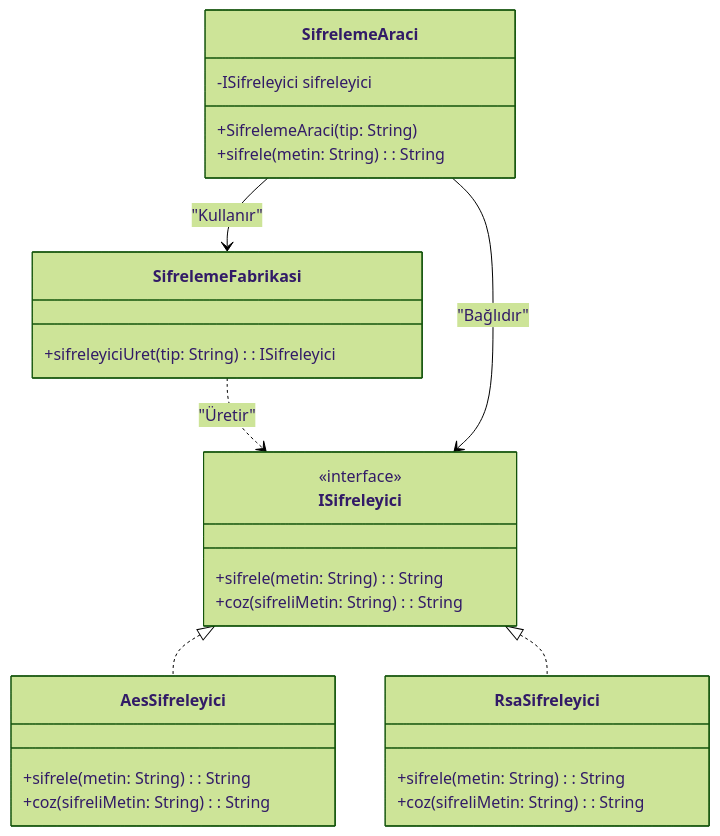
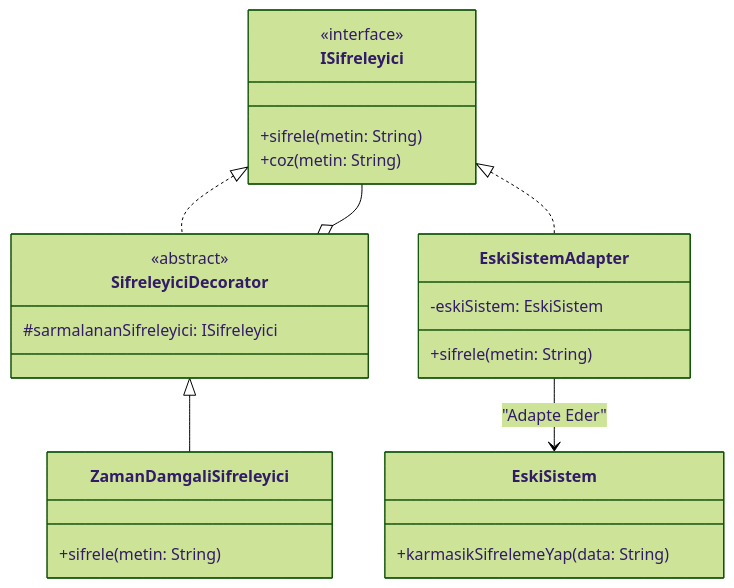
Before and after one commit to ardaky/SOLID-homework: the second of 2 diagrams in PATTERNS.md, drawn with Mermaid (forest theme). The commit also changed other lines of this file and 6 other files, not shown here.

Commit message:
feat: Faz 2 için Decorator ve Adapter örüntüleri uygulandı

````diff
--- a/PATTERNS.md
+++ b/PATTERNS.md
@@ -28,36 +58,32 @@
 ```mermaid
 classDiagram
     direction TB
     class ISifreleyici {
         <<interface>>
-        +sifrele(metin: String): String
-        +coz(sifreliMetin: String): String
+        +sifrele(metin: String)
+        +coz(metin: String)
     }
-    
-    class AesSifreleyici {
-        +sifrele(metin: String): String
-        +coz(sifreliMetin: String): String
+
+    class SifreleyiciDecorator {
+        <<abstract>>
+        #sarmalananSifreleyici: ISifreleyici
     }
-    
-    class RsaSifreleyici {
-        +sifrele(metin: String): String
-        +coz(sifreliMetin: String): String
+    ISifreleyici <|.. SifreleyiciDecorator
+    SifreleyiciDecorator o-- ISifreleyici
+
+    class ZamanDamgaliSifreleyici {
+        +sifrele(metin: String)
     }
-    
-    ISifreleyici <|.. AesSifreleyici
-    ISifreleyici <|.. RsaSifreleyici
-    
-    class SifrelemeFabrikasi {
-        +sifreleyiciUret(tip: String): ISifreleyici
+    SifreleyiciDecorator <|-- ZamanDamgaliSifreleyici
+
+    class EskiSistem {
+        +karmasikSifrelemeYap(data: String)
     }
-    
-    class SifrelemeAraci {
-        -ISifreleyici sifreleyici
-        +SifrelemeAraci(tip: String)
-        +sifrele(metin: String): String
+
+    class EskiSistemAdapter {
+        -eskiSistem: EskiSistem
+        +sifrele(metin: String)
     }
-    
-    SifrelemeFabrikasi ..> ISifreleyici : "Üretir"
-    SifrelemeAraci --> SifrelemeFabrikasi : "Kullanır"
-    SifrelemeAraci --> ISifreleyici : "Bağlıdır"
+    ISifreleyici <|.. EskiSistemAdapter
+    EskiSistemAdapter --> EskiSistem : "Adapte Eder"
 ```
````
